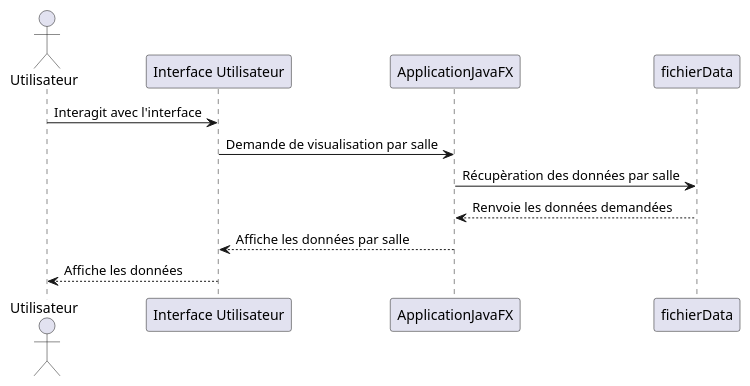
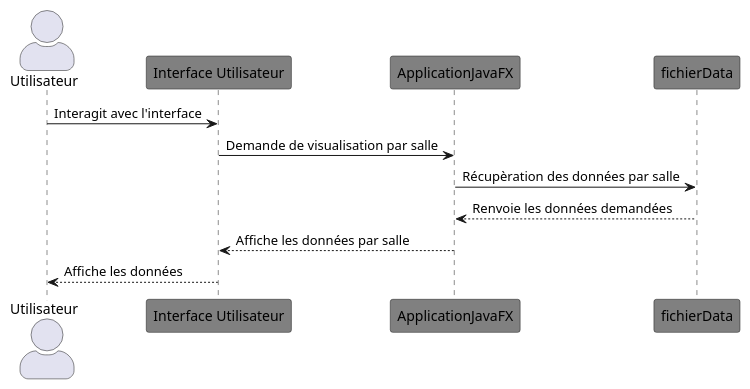
The diagram in doc/Notre client/Diagrammes/Diagramme de Séquence Système/DSS_exemple_IOT_UML.wsd (IUT-Blagnac/sae-3-01-devapp-Groupe-12), drawn with PlantUML before and after one commit. The commit also changed 1 other file, not shown here.

```diff
--- a/doc/Notre client/Diagrammes/Diagramme de Séquence Système/DSS_exemple_IOT_UML.wsd
+++ b/doc/Notre client/Diagrammes/Diagramme de Séquence Système/DSS_exemple_IOT_UML.wsd
@@ -1,14 +1,15 @@
 @startuml
+skinparam actorStyle awesome
 actor Utilisateur
-participant "Interface Utilisateur" as Interface
-participant ApplicationJavaFX as App
-participant fichierData as BD
+participant "Interface Utilisateur" as Interface #grey
+participant ApplicationJavaFX as App #grey
+participant fichierData as BD #grey
 
 Utilisateur -> Interface: Interagit avec l'interface
 Interface -> App: Demande de visualisation par salle
 App -> BD: Récupèration des données par salle
 BD --> App: Renvoie les données demandées
 App --> Interface: Affiche les données par salle
 Interface --> Utilisateur: Affiche les données
 
 @enduml
```
